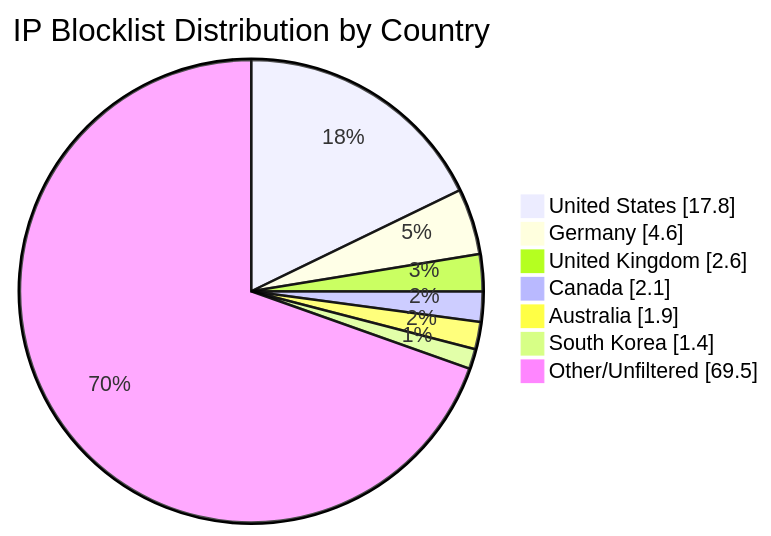
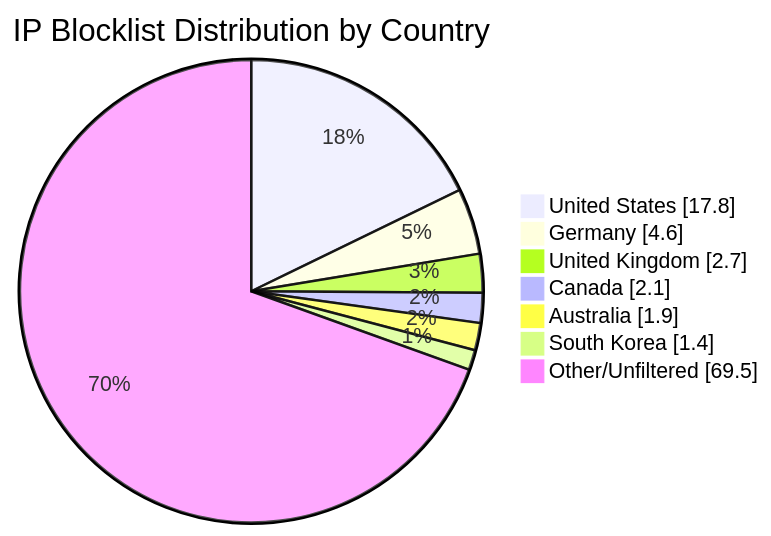
One commit to MarcusHoltz/ipblocklist-geofiltered-aggregator changed the diagram in README.md. Above: the diagram before and after it, drawn with Mermaid. The commit also changed other lines of this file and 9 other files, not shown here.

````diff
--- a/README.md
+++ b/README.md
@@ -34,10 +34,10 @@
 ```mermaid
 pie showData title IP Blocklist Distribution by Country
 "United States" : 17.8
 "Germany" : 4.6
-"United Kingdom" : 2.6
+"United Kingdom" : 2.7
 "Canada" : 2.1
 "Australia" : 1.9
 "South Korea" : 1.4
 "Other/Unfiltered" : 69.5
 ```
````
